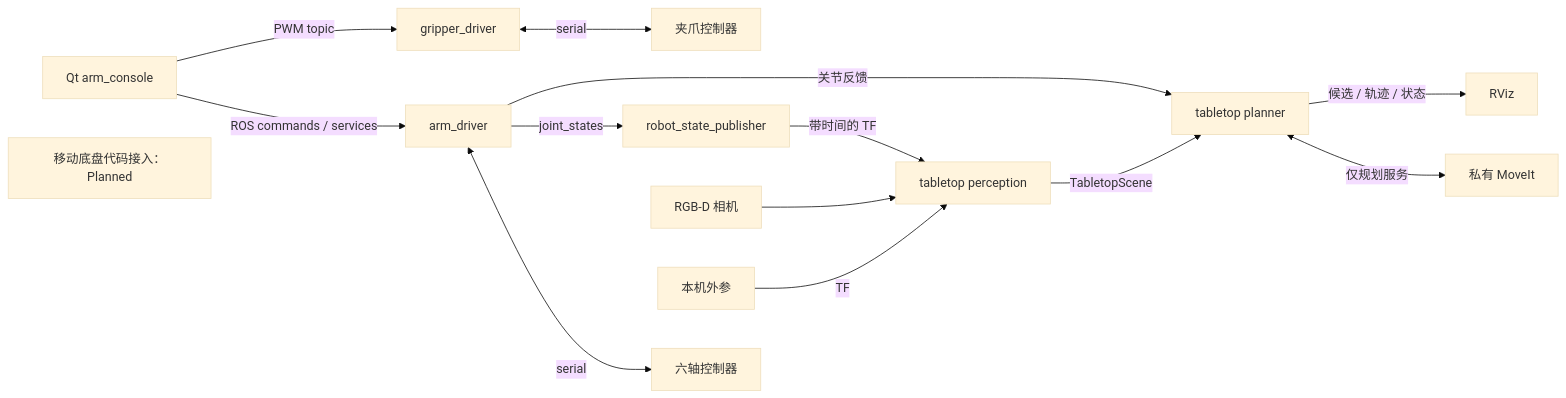
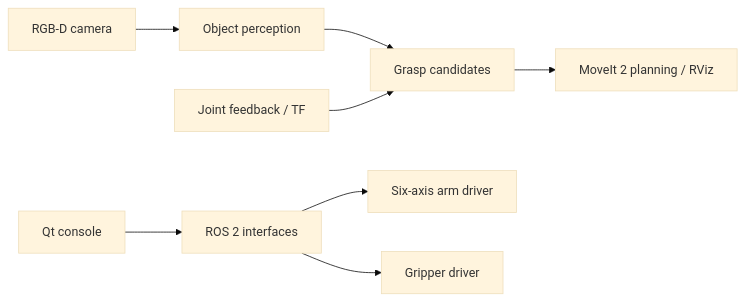
Before and after one commit to chao142857/ros2-visual-manipulator: the diagram in README.md, drawn with Mermaid (base theme). The commit also changed other lines of this file and 1 other file, not shown here.

````diff
--- a/README.md
+++ b/README.md
@@ -51,16 +21,10 @@
 ```mermaid
 flowchart LR
-  UI[Qt arm_console] -->|ROS commands / services| ARM[arm_driver]
-  UI -->|PWM topic| GRIP[gripper_driver]
-  ARM <-->|serial| CTRL[六轴控制器]
-  GRIP <-->|serial| PWM[夹爪控制器]
-  ARM -->|joint_states| RSP[robot_state_publisher]
-  CAM[RGB-D 相机] --> PER[tabletop perception]
-  RSP -->|带时间的 TF| PER
-  CAL[本机外参] -->|TF| PER
-  PER -->|TabletopScene| PLAN[tabletop planner]
-  ARM -->|关节反馈| PLAN
-  PLAN <-->|仅规划服务| MOVEIT[私有 MoveIt]
-  PLAN -->|候选 / 轨迹 / 状态| RVIZ[RViz]
-  BASE[移动底盘代码接入：Planned]
+    CAM[RGB-D camera] --> PER[Object perception]
+    PER --> GRASP[Grasp candidates]
+    GRASP --> MOVEIT[MoveIt 2 planning / RViz]
+    STATE[Joint feedback / TF] --> GRASP
+    GUI[Qt console] --> ROS[ROS 2 interfaces]
+    ROS --> ARM[Six-axis arm driver]
+    ROS --> GRIP[Gripper driver]
 ```
````
